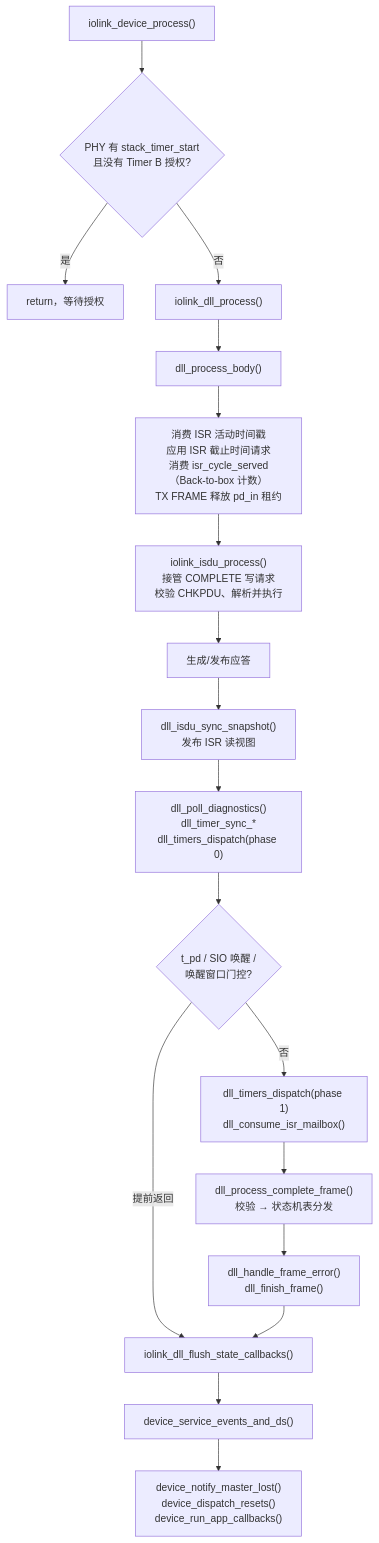
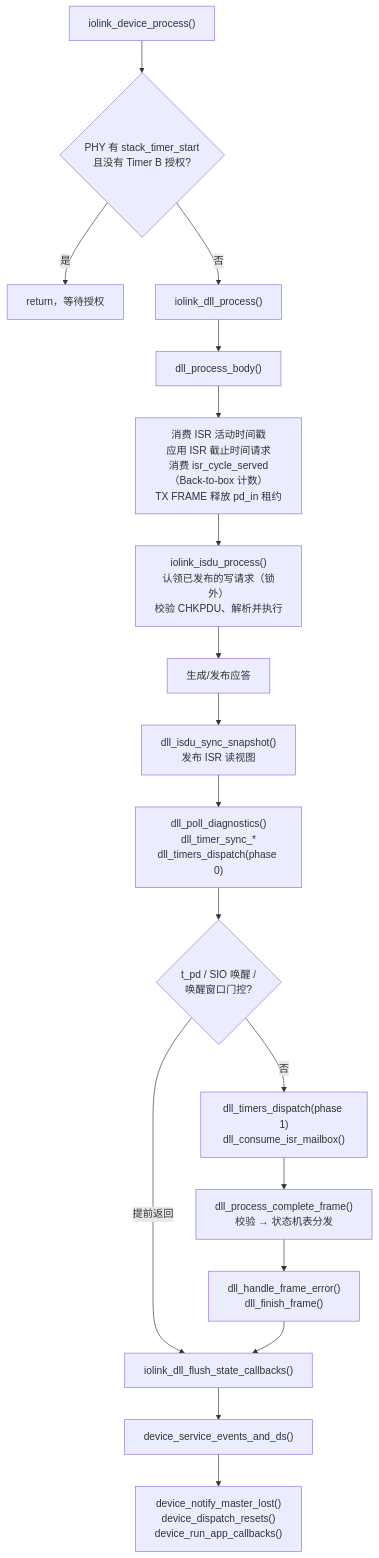
One commit to Adlyq/iolinki changed the fifth of 17 diagrams in docs/CODE_FLOW.md. Above: the diagram before and after it, drawn with Mermaid. The commit also changed other lines of this file and 27 other files, not shown here.

````diff
--- a/docs/CODE_FLOW.md
+++ b/docs/CODE_FLOW.md
@@ -324,20 +324,20 @@
 ```mermaid
 flowchart TD
     A["iolink_device_process()"] --> B{"PHY 有 stack_timer_start<br/>且没有 Timer B 授权?"}
     B -- 是 --> Z["return，等待授权"]
     B -- 否 --> C["iolink_dll_process()"]
     C --> C1["dll_process_body()"]
     C1 --> C2["消费 ISR 活动时间戳<br/>应用 ISR 截止时间请求<br/>消费 isr_cycle_served（Back-to-box 计数）<br/>TX FRAME 释放 pd_in 租约"]
-    C2 --> D["iolink_isdu_process()<br/>接管 COMPLETE 写请求<br/>校验 CHKPDU、解析并执行"]
+    C2 --> D["iolink_isdu_process()<br/>认领已发布的写请求（锁外）<br/>校验 CHKPDU、解析并执行"]
     D --> E["生成/发布应答"]
     E --> F["dll_isdu_sync_snapshot()<br/>发布 ISR 读视图"]
     F --> G["dll_poll_diagnostics()<br/>dll_timer_sync_*<br/>dll_timers_dispatch(phase 0)"]
     G --> G1{"t_pd / SIO 唤醒 /<br/>唤醒窗口门控?"}
     G1 -- 提前返回 --> H
     G1 -- 否 --> G2["dll_timers_dispatch(phase 1)<br/>dll_consume_isr_mailbox()"]
     G2 --> K["dll_process_complete_frame()<br/>校验 → 状态机表分发"]
     K --> K1["dll_handle_frame_error()<br/>dll_finish_frame()"]
     K1 --> H["iolink_dll_flush_state_callbacks()"]
     H --> L["device_service_events_and_ds()"]
     L --> M["device_notify_master_lost()<br/>device_dispatch_resets()<br/>device_run_app_callbacks()"]
 ```
````
